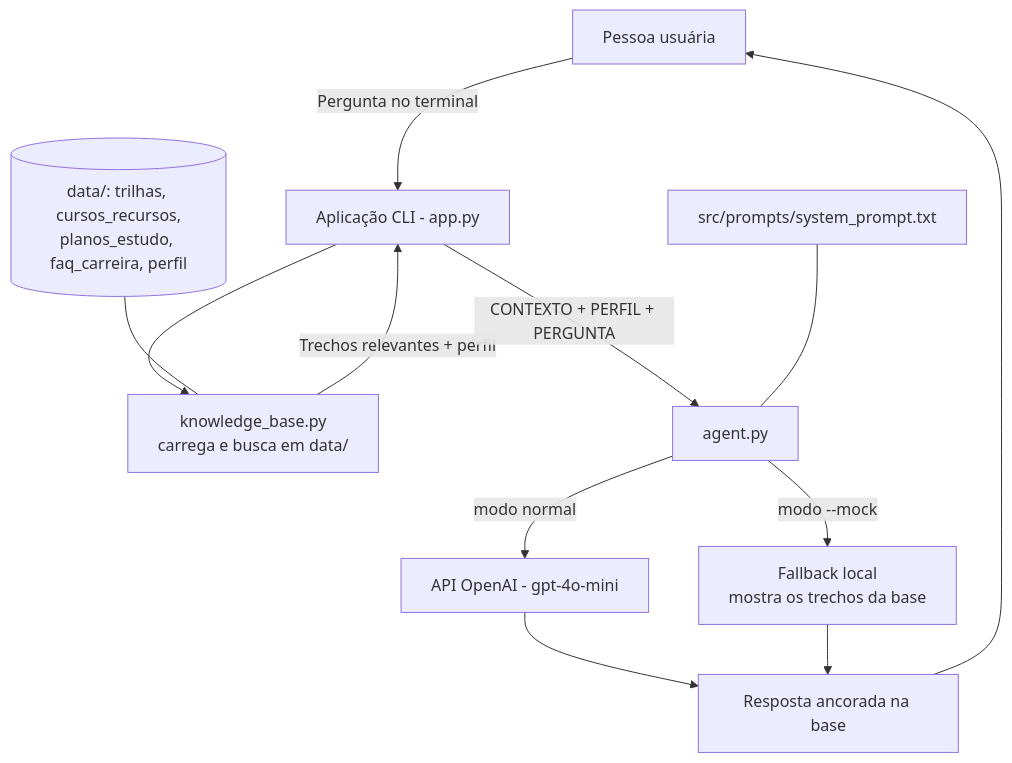
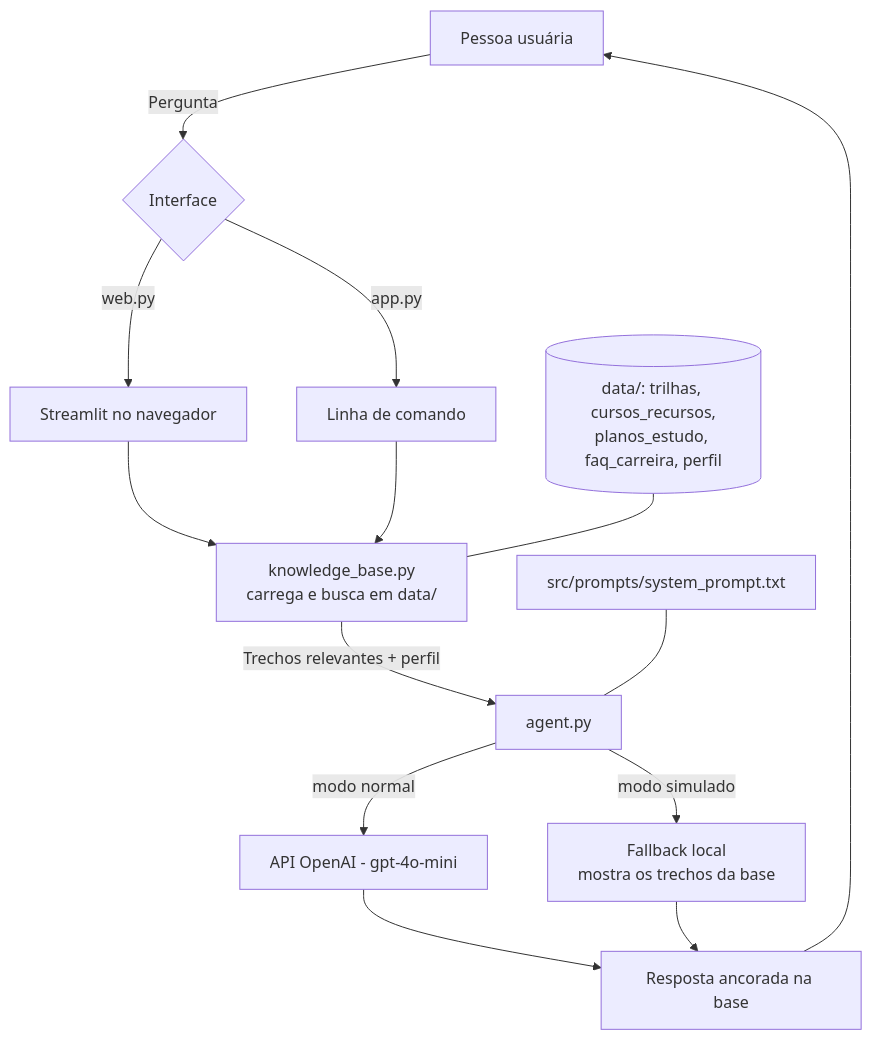
Before and after one commit to rodrigo-americo/dio-lab-bia-do-futuro: the diagram in docs/01-documentacao-agente.md, drawn with Mermaid. The commit also changed other lines of this file and 9 other files, not shown here.

First line of the commit message:
Passo 4: adiciona interface web (Streamlit) ao lado da CLI

````diff
--- a/docs/01-documentacao-agente.md
+++ b/docs/01-documentacao-agente.md
@@ -74,14 +74,16 @@
 ```mermaid
 flowchart TD
-    A[Pessoa usuária] -->|Pergunta no terminal| B[Aplicação CLI - app.py]
-    B --> G[knowledge_base.py<br/>carrega e busca em data/]
-    G -->|Trechos relevantes + perfil| B
-    B -->|CONTEXTO + PERFIL + PERGUNTA| C[agent.py]
+    A[Pessoa usuária] -->|Pergunta| B{Interface}
+    B -->|web.py| B1[Streamlit no navegador]
+    B -->|app.py| B2[Linha de comando]
+    B1 --> G[knowledge_base.py<br/>carrega e busca em data/]
+    B2 --> G
+    G -->|Trechos relevantes + perfil| C[agent.py]
     C -->|modo normal| D[API OpenAI - gpt-4o-mini]
-    C -->|modo --mock| E[Fallback local<br/>mostra os trechos da base]
+    C -->|modo simulado| E[Fallback local<br/>mostra os trechos da base]
     D --> F[Resposta ancorada na base]
     E --> F
     F --> A
     H[(data/: trilhas, cursos_recursos,<br/>planos_estudo, faq_carreira, perfil)] --- G
     I[src/prompts/system_prompt.txt] --- C
 ```
````
